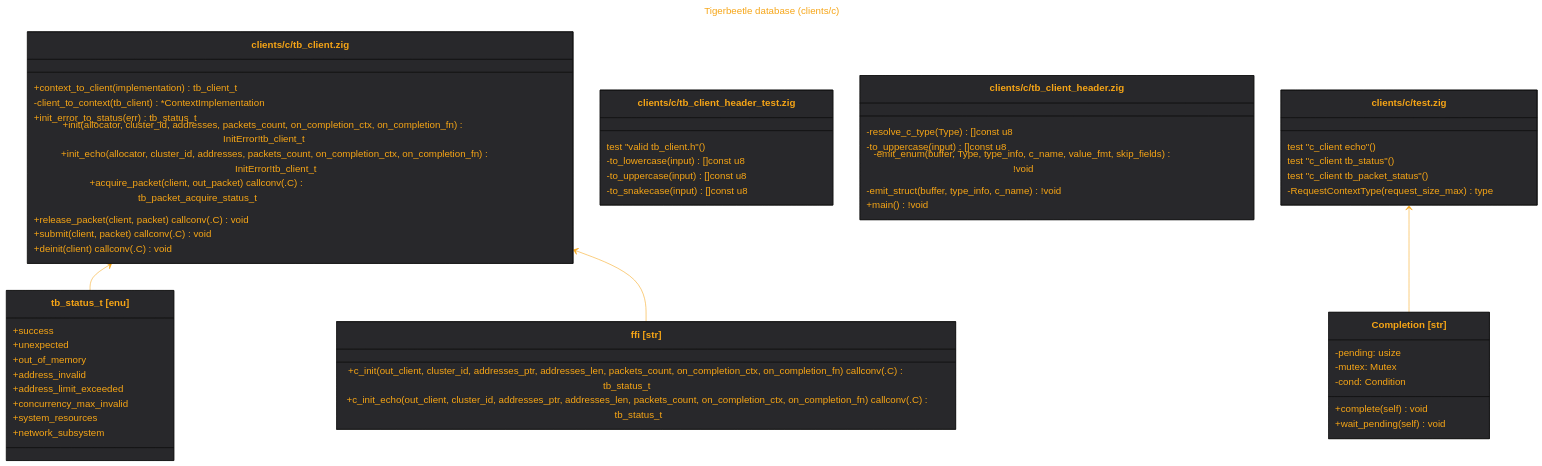
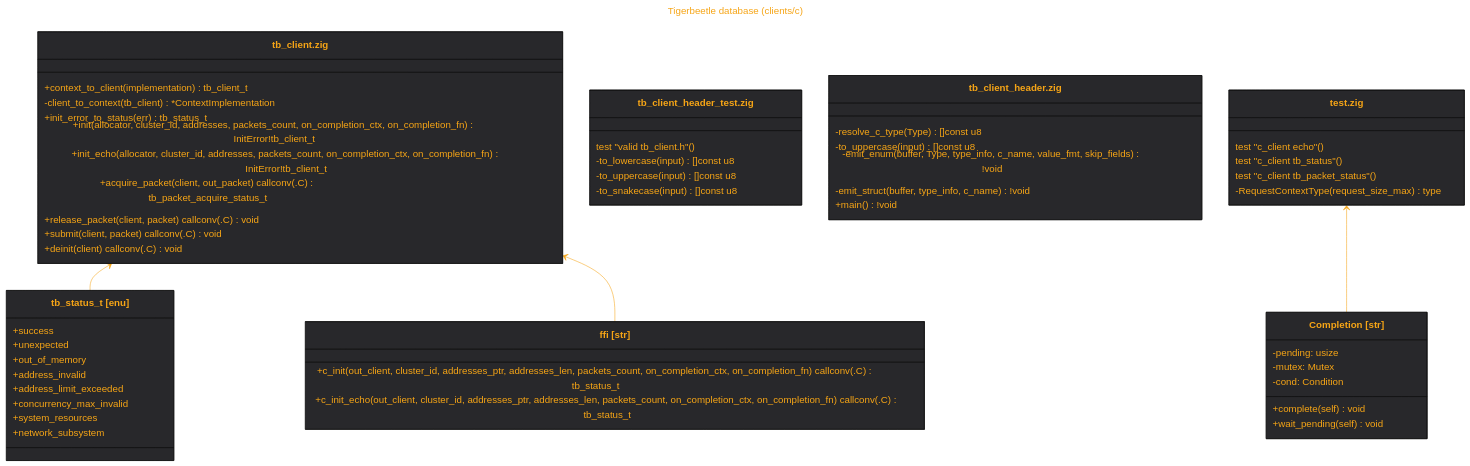
One commit to tensorush/meduza changed the diagram in out/src.clients.c.md. Above: the diagram before and after it, drawn with Mermaid. The commit also changed 21 other files, not shown here.

````diff
--- a/out/src.clients.c.md
+++ b/out/src.clients.c.md
@@ -1,79 +1,79 @@
 ```mermaid
 ---
 title: Tigerbeetle database (clients/c)
 ---
 %%{
     init: {
         'theme': 'base',
         'themeVariables': {
             'fontSize': '18px',
             'fontFamily': 'arial',
             'lineColor': '#F6A516',
             'primaryColor': '#28282B',
             'primaryTextColor': '#F6A516'
         }
     }
 }%%
 classDiagram
 class tb_status_t["tb_status_t [enu]"] {
     +success
     +unexpected
     +out_of_memory
     +address_invalid
     +address_limit_exceeded
     +concurrency_max_invalid
     +system_resources
     +network_subsystem
 }
 link tb_status_t "https://github.com/tigerbeetle/tigerbeetle/blob/main/src/clients/c/tb_client.zig#L9"
 class ffi["ffi [str]"] {
     +c_init(out_client, cluster_id, addresses_ptr, addresses_len, packets_count, on_completion_ctx, on_completion_fn) callconv(.C) tb_status_t
     +c_init_echo(out_client, cluster_id, addresses_ptr, addresses_len, packets_count, on_completion_ctx, on_completion_fn) callconv(.C) tb_status_t
 }
 link ffi "https://github.com/tigerbeetle/tigerbeetle/blob/main/src/clients/c/tb_client.zig#L68"
-class `clients/c/tb_client.zig` {
+class `tb_client.zig` {
     +context_to_client(implementation) tb_client_t
     -client_to_context(tb_client) *ContextImplementation
     +init_error_to_status(err) tb_status_t
     +init(allocator, cluster_id, addresses, packets_count, on_completion_ctx, on_completion_fn) InitError!tb_client_t
     +init_echo(allocator, cluster_id, addresses, packets_count, on_completion_ctx, on_completion_fn) InitError!tb_client_t
     +acquire_packet(client, out_packet) callconv(.C) tb_packet_acquire_status_t
     +release_packet(client, packet) callconv(.C) void
     +submit(client, packet) callconv(.C) void
     +deinit(client) callconv(.C) void
 }
-`clients/c/tb_client.zig` <-- tb_status_t
-`clients/c/tb_client.zig` <-- ffi
-link `clients/c/tb_client.zig` "https://github.com/tigerbeetle/tigerbeetle/blob/main/src/clients/c/tb_client.zig"
-class `clients/c/tb_client_header_test.zig` {
+`tb_client.zig` <-- tb_status_t
+`tb_client.zig` <-- ffi
+link `tb_client.zig` "https://github.com/tigerbeetle/tigerbeetle/blob/main/src/clients/c/tb_client.zig"
+class `tb_client_header_test.zig` {
     test "valid tb_client.h"()
     -to_lowercase(input) []const u8
     -to_uppercase(input) []const u8
     -to_snakecase(input) []const u8
 }
-link `clients/c/tb_client_header_test.zig` "https://github.com/tigerbeetle/tigerbeetle/blob/main/src/clients/c/tb_client_header_test.zig"
-class `clients/c/tb_client_header.zig` {
+link `tb_client_header_test.zig` "https://github.com/tigerbeetle/tigerbeetle/blob/main/src/clients/c/tb_client_header_test.zig"
+class `tb_client_header.zig` {
     -resolve_c_type(Type) []const u8
     -to_uppercase(input) []const u8
     -emit_enum(buffer, Type, type_info, c_name, value_fmt, skip_fields) !void
     -emit_struct(buffer, type_info, c_name) !void
     +main() !void
 }
-link `clients/c/tb_client_header.zig` "https://github.com/tigerbeetle/tigerbeetle/blob/main/src/clients/c/tb_client_header.zig"
+link `tb_client_header.zig` "https://github.com/tigerbeetle/tigerbeetle/blob/main/src/clients/c/tb_client_header.zig"
 class Completion["Completion [str]"] {
     -pending: usize
     -mutex: Mutex
     -cond: Condition
     +complete(self) void
     +wait_pending(self) void
 }
 link Completion "https://github.com/tigerbeetle/tigerbeetle/blob/main/src/clients/c/test.zig#L63"
-class `clients/c/test.zig` {
+class `test.zig` {
     test "c_client echo"()
     test "c_client tb_status"()
     test "c_client tb_packet_status"()
     -RequestContextType(request_size_max) type
 }
-`clients/c/test.zig` <-- Completion
-link `clients/c/test.zig` "https://github.com/tigerbeetle/tigerbeetle/blob/main/src/clients/c/test.zig"
+`test.zig` <-- Completion
+link `test.zig` "https://github.com/tigerbeetle/tigerbeetle/blob/main/src/clients/c/test.zig"
 ```
````
